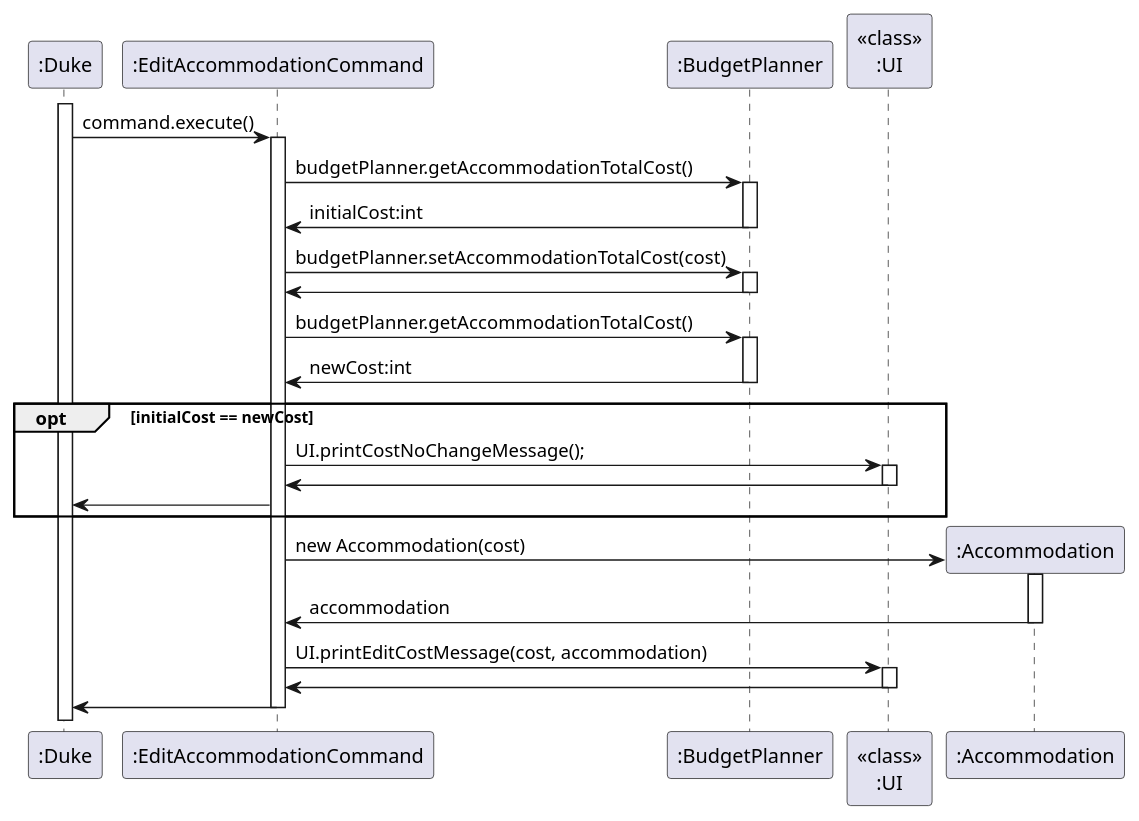
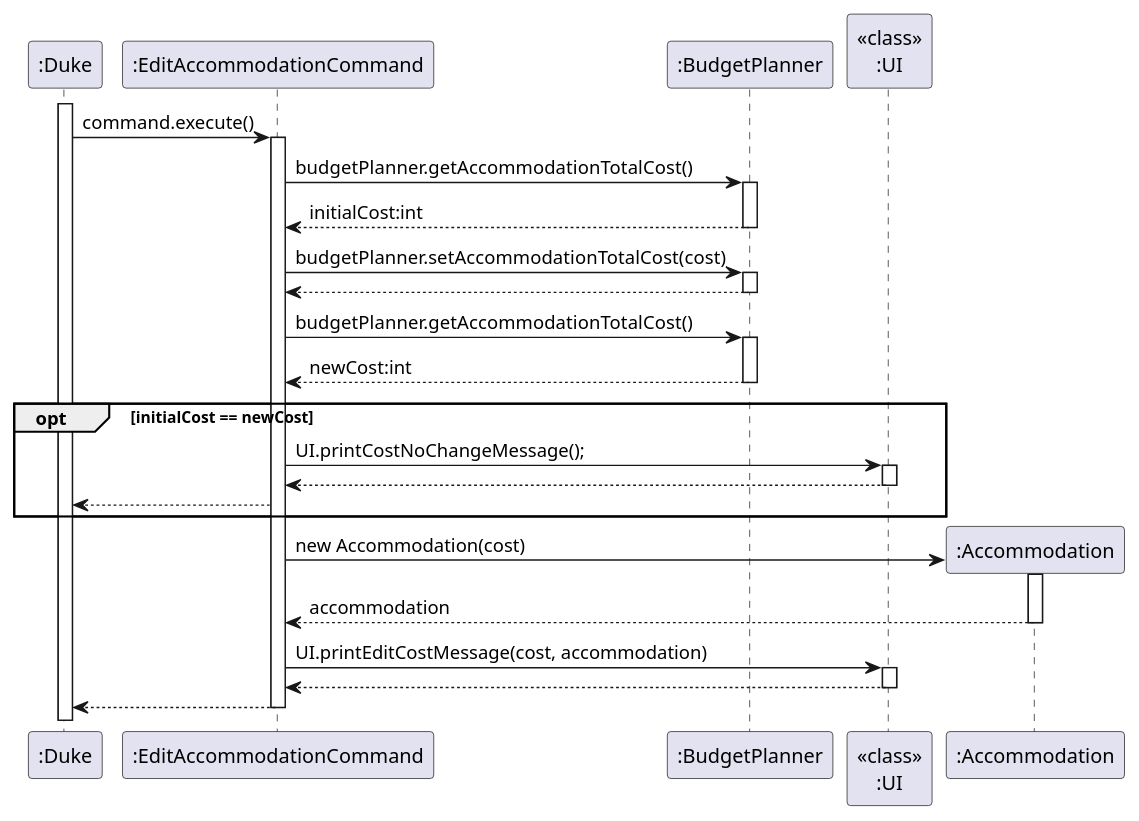
The diagram in docs/diagrams/budget/EditAccommodationCommand.puml (nus-cs2113-AY2223S2/tp), drawn with PlantUML before and after one commit. The commit also changed 5 other files, not shown here.

```diff
--- a/docs/diagrams/budget/EditAccommodationCommand.puml
+++ b/docs/diagrams/budget/EditAccommodationCommand.puml
@@ -1,36 +1,36 @@
 @startuml
 'https://plantuml.com/sequence-diagram
 activate ":Duke"
 ":Duke" -> ":EditAccommodationCommand" : command.execute()
 activate ":EditAccommodationCommand"
 ":EditAccommodationCommand" -> ":BudgetPlanner" : budgetPlanner.getAccommodationTotalCost()
 activate ":BudgetPlanner"
-":EditAccommodationCommand" <- ":BudgetPlanner" : initialCost:int
+":EditAccommodationCommand" <-- ":BudgetPlanner" : initialCost:int
 deactivate ":BudgetPlanner"
 ":EditAccommodationCommand" -> ":BudgetPlanner" : budgetPlanner.setAccommodationTotalCost(cost)
 activate ":BudgetPlanner"
-":EditAccommodationCommand" <- ":BudgetPlanner"
+":EditAccommodationCommand" <-- ":BudgetPlanner"
 deactivate ":BudgetPlanner"
 ":EditAccommodationCommand" -> ":BudgetPlanner" : budgetPlanner.getAccommodationTotalCost()
 activate ":BudgetPlanner"
-":EditAccommodationCommand" <- ":BudgetPlanner" : newCost:int
+":EditAccommodationCommand" <-- ":BudgetPlanner" : newCost:int
 deactivate ":BudgetPlanner"
 opt initialCost == newCost
 ":EditAccommodationCommand" -> "<<class>>\n:UI" : UI.printCostNoChangeMessage();
 activate "<<class>>\n:UI"
-":EditAccommodationCommand" <- "<<class>>\n:UI"
+":EditAccommodationCommand" <-- "<<class>>\n:UI"
 deactivate "<<class>>\n:UI"
-":EditAccommodationCommand" -> ":Duke"
+":EditAccommodationCommand" --> ":Duke"
 end
 create ":Accommodation"
 ":EditAccommodationCommand" -> ":Accommodation" : new Accommodation(cost)
 activate ":Accommodation"
-":EditAccommodationCommand" <- ":Accommodation" : accommodation
+":EditAccommodationCommand" <-- ":Accommodation" : accommodation
 deactivate ":Accommodation"
 ":EditAccommodationCommand" -> "<<class>>\n:UI" : UI.printEditCostMessage(cost, accommodation)
 activate "<<class>>\n:UI"
-":EditAccommodationCommand" <- "<<class>>\n:UI"
+":EditAccommodationCommand" <-- "<<class>>\n:UI"
 deactivate "<<class>>\n:UI"
-":EditAccommodationCommand" -> ":Duke"
+":EditAccommodationCommand" --> ":Duke"
 deactivate ":EditAccommodationCommand"
 @enduml
```
